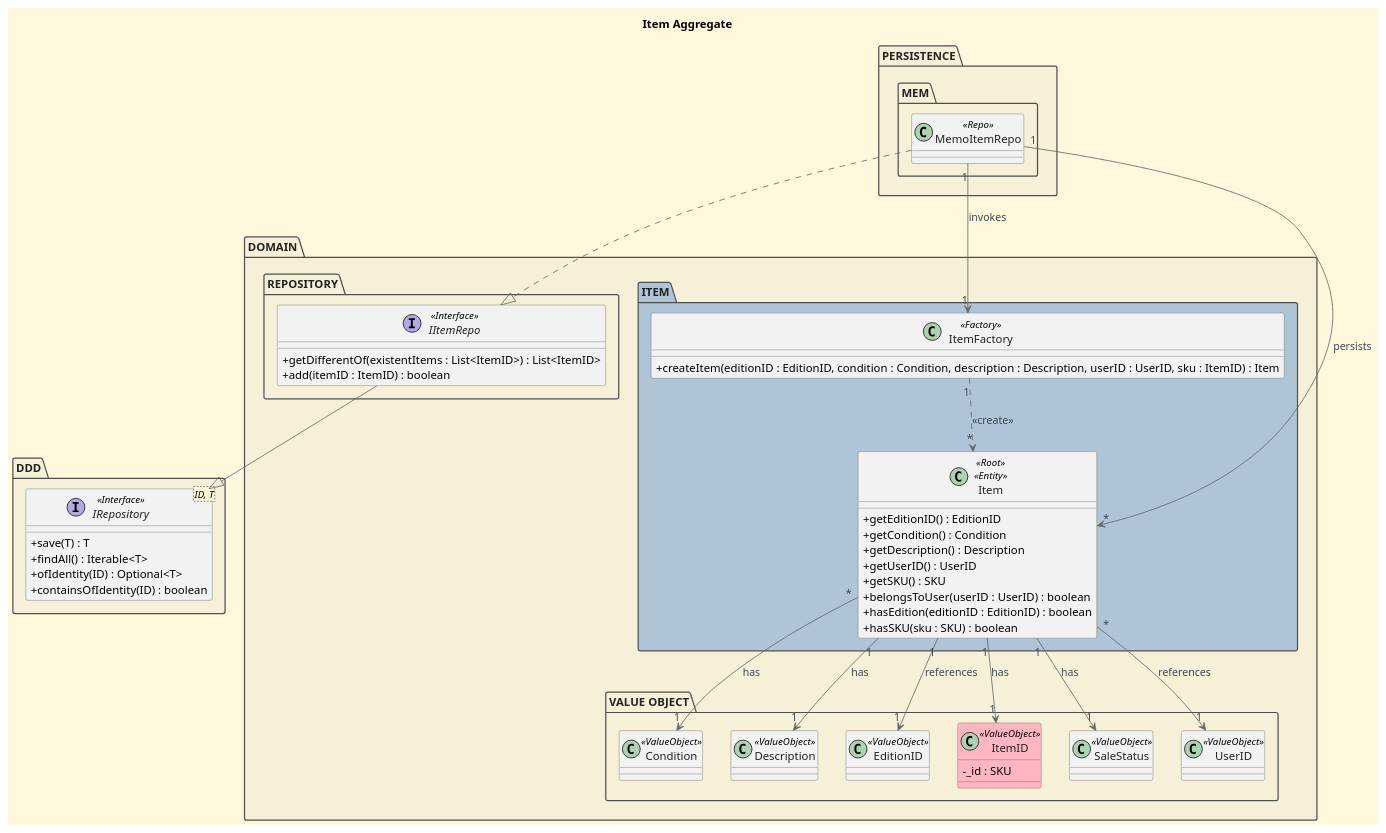
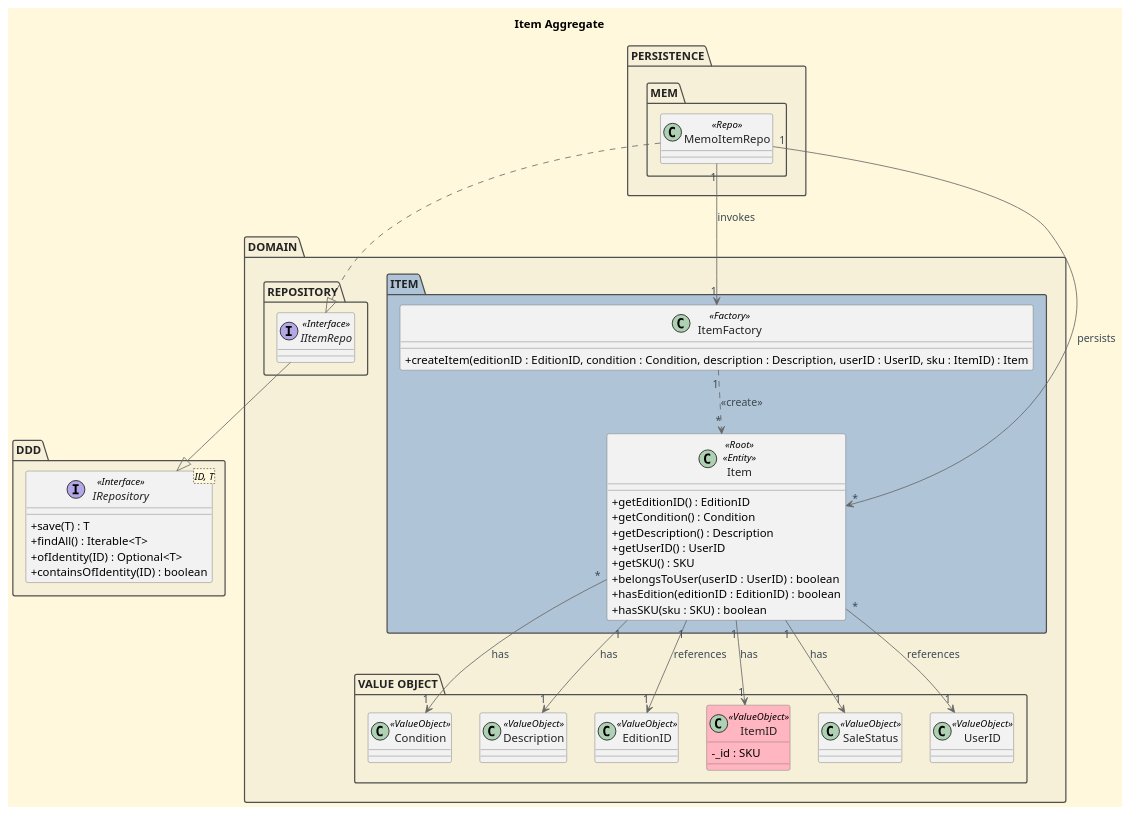
The diagram in docs/aggregates-diagrams/Item_Aggregate.puml (CarolinaLeite-collab/JavaMarketplacePlatform), drawn with PlantUML before and after one commit. The commit also changed 3 other files, not shown here.

```diff
--- a/docs/aggregates-diagrams/Item_Aggregate.puml
+++ b/docs/aggregates-diagrams/Item_Aggregate.puml
@@ -1,111 +1,107 @@
 @startuml
 title Item Aggregate
 
 skinparam monochrome false
 skinparam shadowing false
 skinparam defaultFontName Futura
 skinparam objectFontSize 20
 skinparam backgroundColor CornSilk
 skinparam objectBackgroundColor WhiteSmoke
 skinparam noteBackgroundColor #FFFFE0
 skinparam ArrowFontColor #3B4953
 skinparam ActivationBackgroundColor black
 skinparam classAttributeIconSize 0
 skinparam packageTitleBackgroundColor #F0F8FF
 
 skinparam package {
   BackgroundColor #F6F0D8
   BorderColor #4F4F4F
   FontColor #222222
 }
 
 skinparam class {
   BackgroundColor #F2F2F2
   BorderColor #666666
   FontColor #222222
   ArrowColor #666666
 }
 
 skinparam interface {
   BackgroundColor #F2F2F2
   BorderColor #666666
   FontColor #222222
   ArrowColor #666666
 }
 
 package "PERSISTENCE" {
   package "MEM" {
     class MemoItemRepo <<Repo>> {
     }
   }
 }
 
 package "DOMAIN" {
 
   package "REPOSITORY" {
     interface IItemRepo <<Interface>> {
-'      +getAll() : List<ItemID>
-      +getDifferentOf(existentItems : List<ItemID>) : List<ItemID>
-      +add(itemID : ItemID) : boolean
-'      +exists(itemID : ItemID) : boolean
     }
   }
 
   package "ITEM" #AFC4D6 {
 
     class ItemFactory <<Factory>> {
       +createItem(editionID : EditionID, condition : Condition, description : Description, userID : UserID, sku : ItemID) : Item
     }
 
     class Item <<Root>> <<Entity>> {
 
       +getEditionID() : EditionID
       +getCondition() : Condition
       +getDescription() : Description
       +getUserID() : UserID
       +getSKU() : SKU
       +belongsToUser(userID : UserID) : boolean
       +hasEdition(editionID : EditionID) : boolean
       +hasSKU(sku : SKU) : boolean
     }
   }
 
   package "VALUE OBJECT" {
     class Condition <<ValueObject>>
     class Description <<ValueObject>>
     class EditionID <<ValueObject>>
     class ItemID <<ValueObject>> #LightPink {
 
     - _id : SKU
     }
     class SaleStatus <<ValueObject>>
 
     class UserID <<ValueObject>> {
     }
   }
 }
 
 package DDD {
     interface IRepository<ID, T> <<Interface>> {
         +save(T) : T
         +findAll() : Iterable<T>
         +ofIdentity(ID) : Optional<T>
         +containsOfIdentity(ID) : boolean
     }
 }
 
 MemoItemRepo ..|> IItemRepo
 MemoItemRepo "1" --> "1" ItemFactory : invokes
 MemoItemRepo "1" --> "*" Item : persists
 ItemFactory "1" ..> "*" Item : <<create>>
 
 Item "*" --> "1" Condition : has
 Item "1" --> "1" Description : has
 Item "1" --> "1" EditionID : references
 Item "*" --> "1" UserID : references
 Item "1" --> "1" ItemID : has
 Item "1" --> "1" SaleStatus : has
 
 IItemRepo --|> IRepository
 
 @enduml
```
